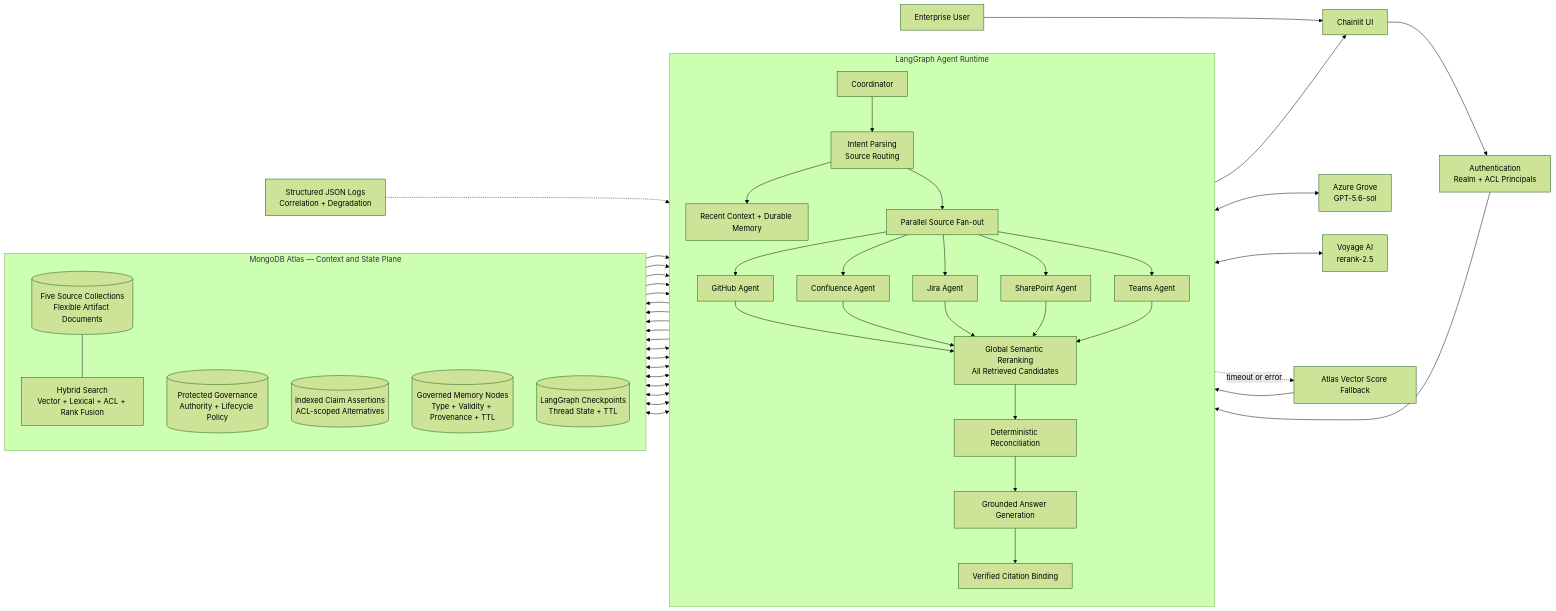
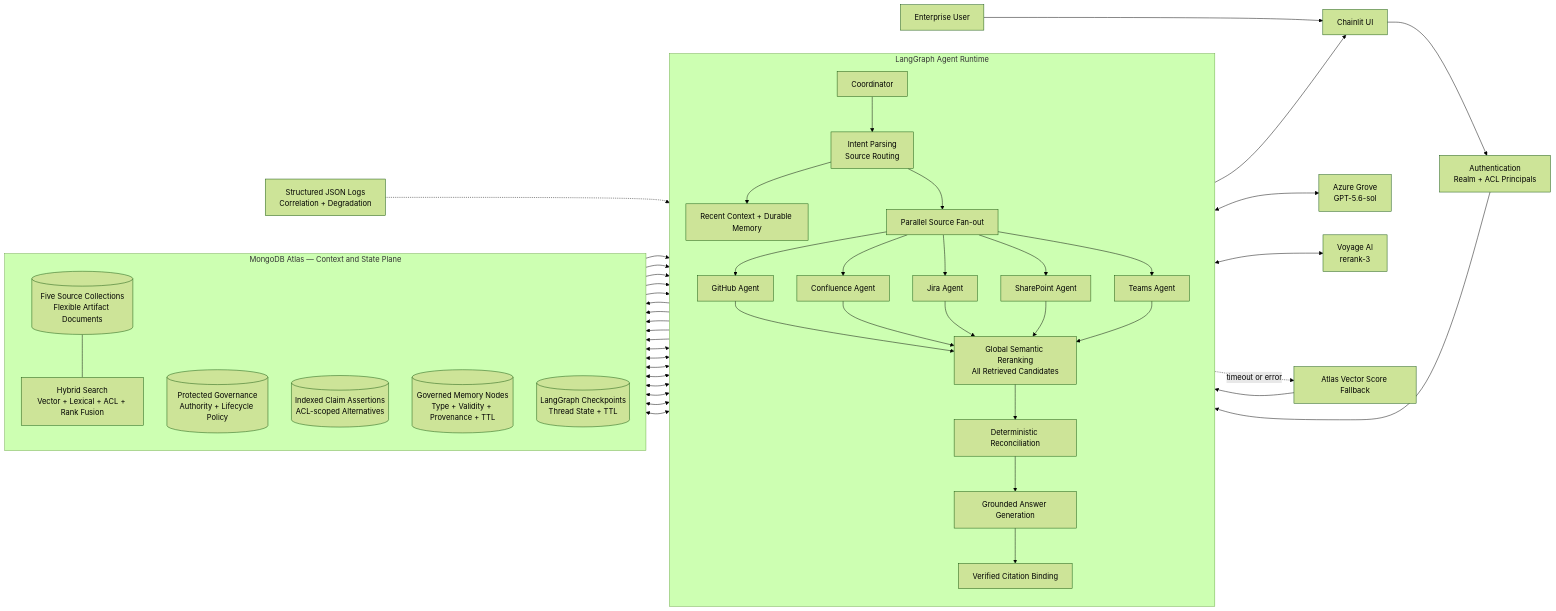
One commit to alxmancilla/Context_Retrieval_Demo changed the diagram in ARCHITECTURE.md. Above: the diagram before and after it, drawn with Mermaid (forest theme). The commit also changed other lines of this file and 2 other files, not shown here.

Commit message:
docs: update reranker references to rerank-3

````diff
--- a/ARCHITECTURE.md
+++ b/ARCHITECTURE.md
@@ -9,50 +9,50 @@
 ```mermaid
 flowchart LR
     U[Enterprise User] --> UI[Chainlit UI]
     UI --> SEC[Authentication<br/>Realm + ACL Principals]
     SEC --> LG
 
     subgraph APP[LangGraph Agent Runtime]
         direction TB
         LG[Coordinator] --> INT[Intent Parsing<br/>Source Routing]
         INT --> MEM[Recent Context + Durable Memory]
         INT --> FAN[Parallel Source Fan-out]
         FAN --> GH[GitHub Agent]
         FAN --> CF[Confluence Agent]
         FAN --> JI[Jira Agent]
         FAN --> SP[SharePoint Agent]
         FAN --> TM[Teams Agent]
         GH --> RR[Global Semantic Reranking<br/>All Retrieved Candidates]
         CF --> RR
         JI --> RR
         SP --> RR
         TM --> RR
         RR --> REC[Deterministic Reconciliation]
         REC --> GEN[Grounded Answer Generation]
         GEN --> CIT[Verified Citation Binding]
     end
 
     subgraph ATLAS[MongoDB Atlas — Context and State Plane]
         direction TB
         SRC[(Five Source Collections<br/>Flexible Artifact Documents)]
         IDX[Hybrid Search<br/>Vector + Lexical + ACL + Rank Fusion]
         REG[(Protected Governance<br/>Authority + Lifecycle Policy)]
         CLM[(Indexed Claim Assertions<br/>ACL-scoped Alternatives)]
         SM[(Governed Memory Nodes<br/>Type + Validity + Provenance + TTL)]
         CP[(LangGraph Checkpoints<br/>Thread State + TTL)]
         SRC --- IDX
     end
 
     GH & CF & JI & SP & TM --> IDX
     IDX --> GH & CF & JI & SP & TM
     MEM <--> SM
     REC <--> REG
     GH & CF & JI & SP & TM <--> CLM
     LG <--> CP
     GEN <--> GROVE[Azure Grove<br/>GPT-5.6-sol]
-    RR <--> VOYAGE[Voyage AI<br/>rerank-2.5]
+    RR <--> VOYAGE[Voyage AI<br/>rerank-3]
     RR -. timeout or error .-> FALLBACK[Atlas Vector Score Fallback]
     FALLBACK --> REC
     CIT --> UI
     OBS[Structured JSON Logs<br/>Correlation + Degradation] -.-> APP
 ```
````
